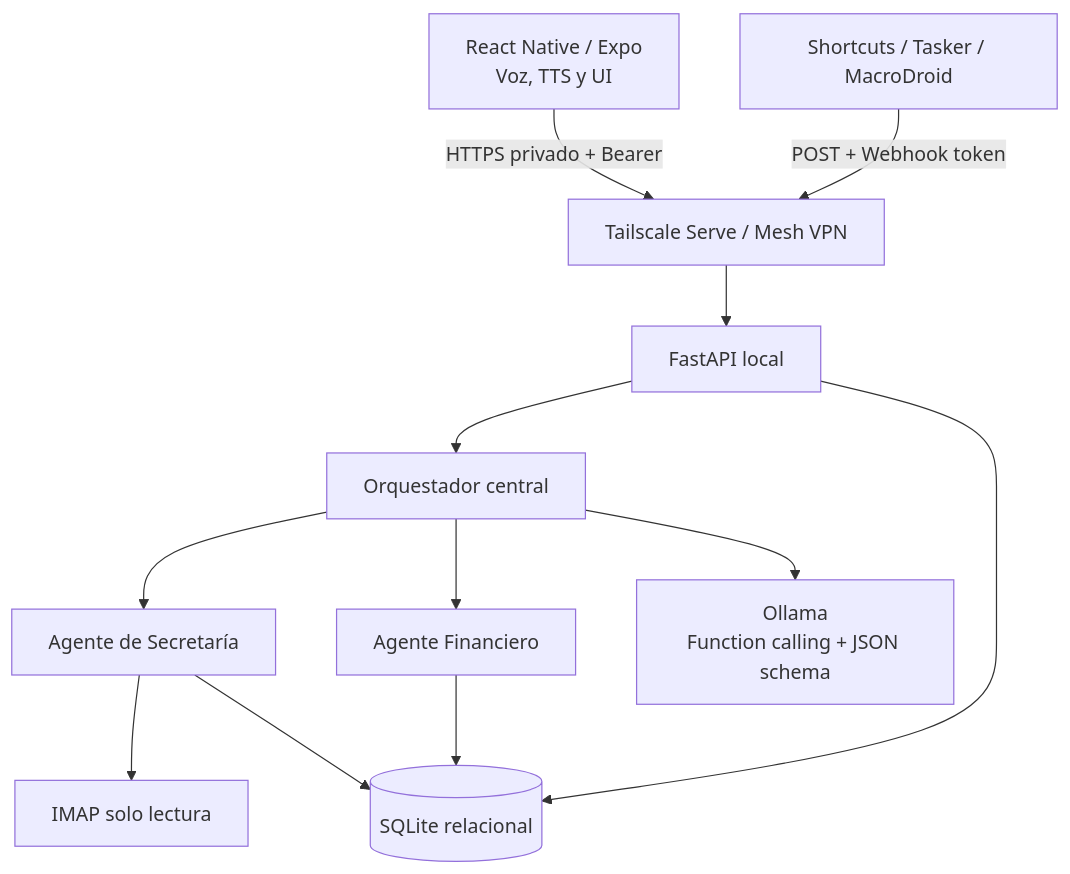
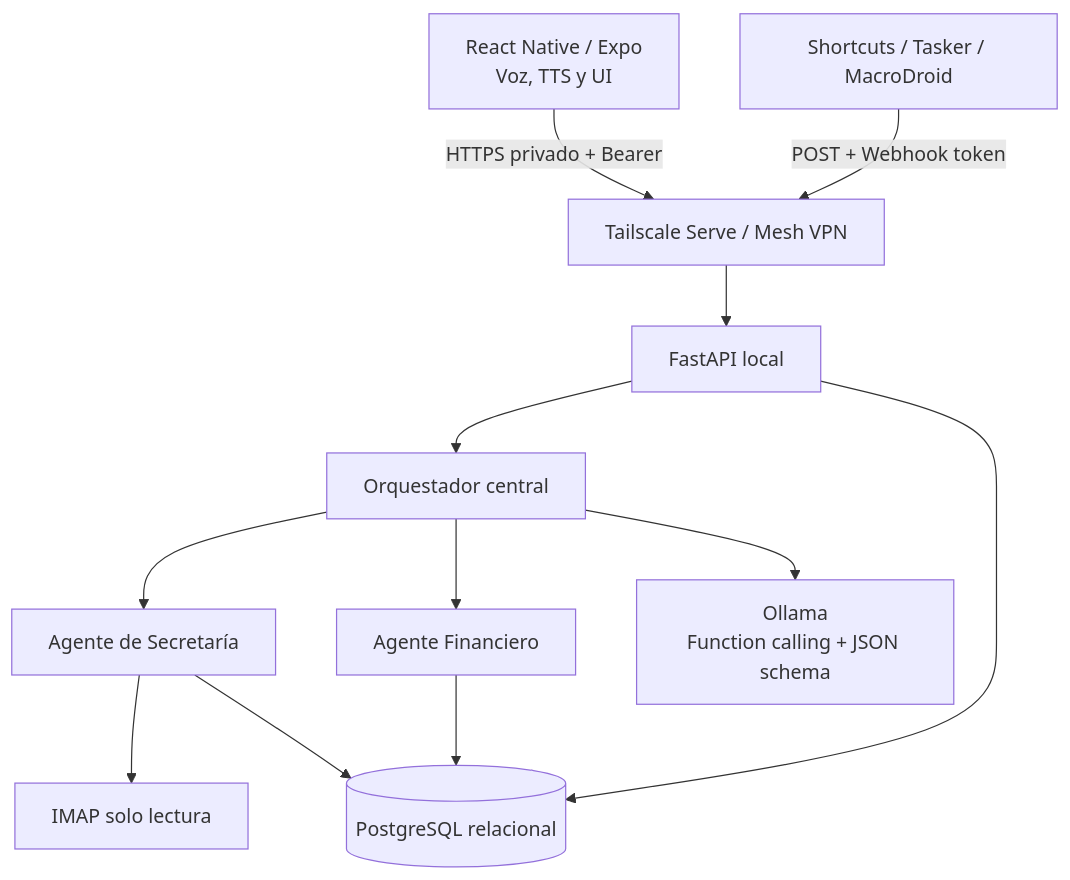
The first of 4 diagrams in docs/MULTI_AGENT_BACKEND.md (Juanes1707/jarvis-AI-assistant), drawn with Mermaid before and after one commit. The commit also changed other lines of this file and 44 other files, not shown here.

Commit message:
Implementación PostgreSQL

````diff
--- a/docs/MULTI_AGENT_BACKEND.md
+++ b/docs/MULTI_AGENT_BACKEND.md
@@ -9,14 +9,14 @@
 ```mermaid
 flowchart TD
     M[React Native / Expo\nVoz, TTS y UI] -->|HTTPS privado + Bearer| T[Tailscale Serve / Mesh VPN]
     A[Shortcuts / Tasker / MacroDroid] -->|POST + Webhook token| T
     T --> API[FastAPI local]
     API --> O[Orquestador central]
     O --> S[Agente de Secretaría]
     O --> F[Agente Financiero]
     S --> E[IMAP solo lectura]
-    S --> DB[(SQLite relacional)]
+    S --> DB[(PostgreSQL relacional)]
     F --> DB
     O --> L[Ollama\nFunction calling + JSON schema]
     API --> DB
 ```
````
